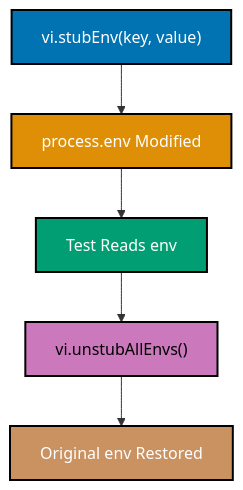
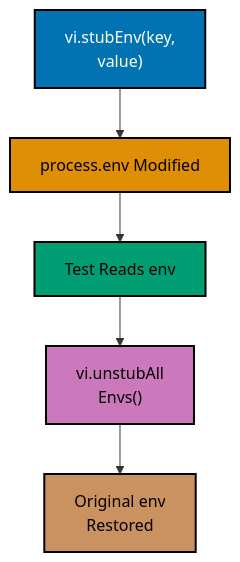
One commit to wahidyankf/ose-public changed the seventh of 9 diagrams in apps/ayokoding-www/content/en/learn/legacy/software-engineering/automation-testing/tools/vitest/by-example/advanced.md. Above: the diagram before and after it, drawn with Mermaid. The commit also changed other lines of this file and 131 other files, not shown here.

First line of the commit message:
fix(mermaid): bring the legacy data, infrastructure, and testing diagrams onto the accessible palette

````diff
--- a/apps/ayokoding-www/content/en/learn/legacy/software-engineering/automation-testing/tools/vitest/by-example/advanced.md
+++ b/apps/ayokoding-www/content/en/learn/legacy/software-engineering/automation-testing/tools/vitest/by-example/advanced.md
@@ -1489,14 +1535,22 @@
 ```mermaid
 %% Color Palette: Blue #0173B2, Orange #DE8F05, Teal #029E73, Purple #CC78BC, Brown #CA9161
 graph TD
-    A["vi.stubEnv#40;key, value#41;"] --> B["process.env Modified"]
+    accTitle: Example 78: Mocking Environment Variables
+    accDescr: Graph with 5 nodes and 4 connections. Nodes: vi.stubEnv40key, value41, process.env Modified, Test Reads env, vi.unstubAll Envs4041, Original env Restored. Connections: vi.stubEnv40key, value41 to process.env Modified, process.env Modified to Test Reads env, Test Reads env to vi.unstubAll Envs4041, vi.unstubAll Envs4041 to Original env Restored.
+    A["vi.stubEnv#40;key,<br/>value#41;"] --> B["process.env Modified"]
     B --> C["Test Reads env"]
-    C --> D["vi.unstubAllEnvs#40;#41;"]
-    D --> E["Original env Restored"]
+    C --> D["vi.unstubAll<br/>Envs#40;#41;"]
+    D --> E["Original env<br/>Restored"]
 
-    style A fill:#0173B2,stroke:#000000,stroke-width:2px,color:#fff
-    style B fill:#DE8F05,stroke:#000000,stroke-width:2px,color:#fff
-    style C fill:#029E73,stroke:#000000,stroke-width:2px,color:#fff
-    style D fill:#CC78BC,stroke:#000000,stroke-width:2px,color:#000
-    style E fill:#CA9161,stroke:#000000,stroke-width:2px,color:#fff
+    classDef pal-0173B2 fill:#0173B2,stroke:#000000,color:#FFFFFF,stroke-width:2px
+    class A pal-0173B2
+    classDef pal-DE8F05 fill:#DE8F05,stroke:#000000,color:#000000,stroke-width:2px
+    class B pal-DE8F05
+    classDef pal-029E73 fill:#029E73,stroke:#000000,color:#000000,stroke-width:2px
+    class C pal-029E73
+    classDef pal-CC78BC fill:#CC78BC,stroke:#000000,color:#000000,stroke-width:2px
+    class D pal-CC78BC
+    classDef pal-CA9161 fill:#CA9161,stroke:#000000,color:#000000,stroke-width:2px
+    class E pal-CA9161
+    classDef default fill:#FFFFFF,stroke:#000000,color:#000000
 ```
````
